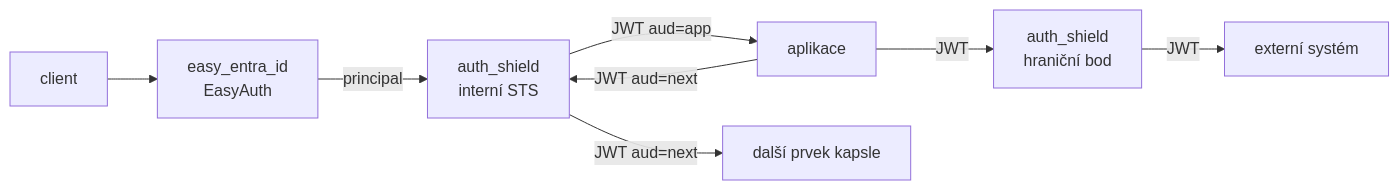
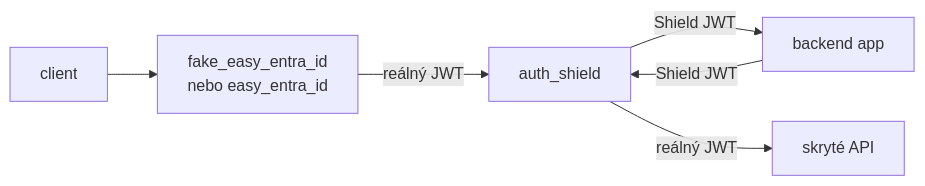
Before and after one commit to hrbolek/easy_entra_id: the diagram in auth_shield/README.md, drawn with Mermaid. The commit also changed other lines of this file and 2 other files, not shown here.

Commit message:
auth_shield with jwt verification

````diff
--- a/auth_shield/README.md
+++ b/auth_shield/README.md
@@ -230,10 +15,8 @@
 ```mermaid
 flowchart LR
-  C[client] --> E[easy_entra_id<br/>EasyAuth]
-  E -->|principal| S[auth_shield<br/>interní STS]
-  S -->|JWT aud=app| A[aplikace]
-  A -->|JWT aud=next| S
-  S -->|JWT aud=next| B[další prvek kapsle]
-  A -->|JWT| S2[auth_shield<br/>hraniční bod]
-  S2 -->|JWT| X[externí systém]
+  C[client] --> IDP[fake_easy_entra_id<br/>nebo easy_entra_id]
+  IDP -->|reálný JWT| S[auth_shield]
+  S -->|Shield JWT| BA[backend app]
+  BA -->|Shield JWT| S
+  S -->|reálný JWT| API[skryté API]
 ```
````
